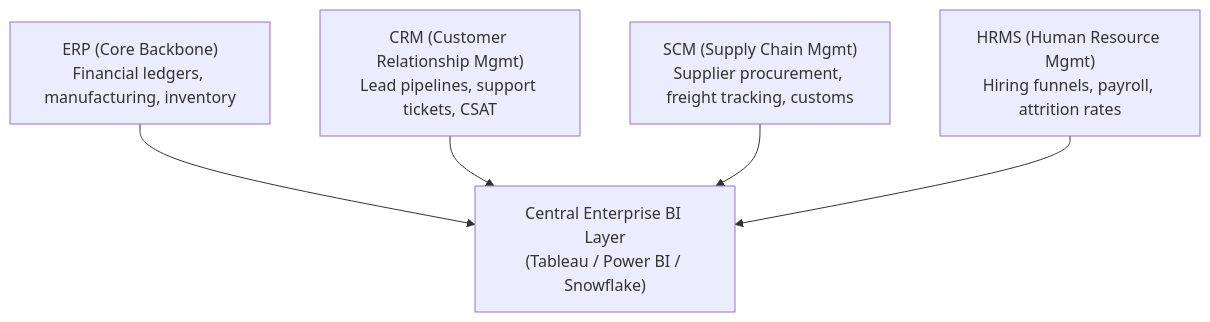
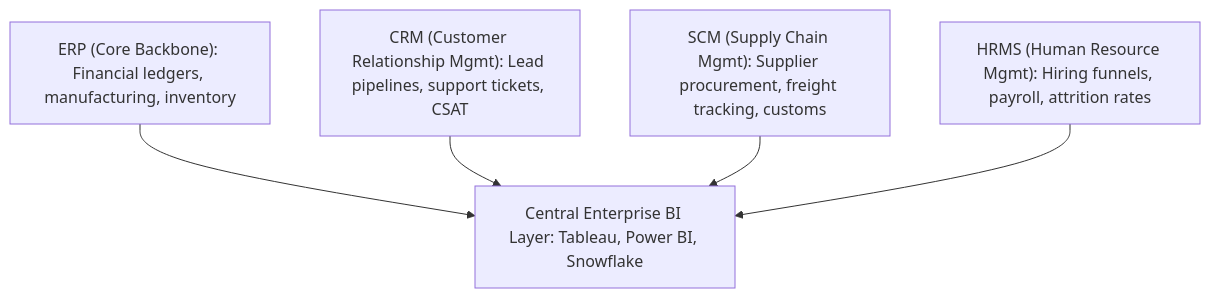
Diagram 18 of 27 in notes/data_analysis/Unit_2_notes.md (DeepLumiere/DeepSkills), drawn with Mermaid before and after one commit. The commit also changed other lines of this file and 56 other files, not shown here.

````diff
--- a/notes/data_analysis/Unit_2_notes.md
+++ b/notes/data_analysis/Unit_2_notes.md
@@ -940,9 +940,9 @@
 ```mermaid
 flowchart TD
-    BI_HUB["Central Enterprise BI Layer<br/>(Tableau / Power BI / Snowflake)"]
+    BI_HUB["Central Enterprise BI Layer: Tableau, Power BI, Snowflake"]
 
-    ERP_SYS["ERP (Core Backbone)<br/>Financial ledgers, manufacturing, inventory"] --> BI_HUB
-    CRM_SYS["CRM (Customer Relationship Mgmt)<br/>Lead pipelines, support tickets, CSAT"] --> BI_HUB
-    SCM_SYS["SCM (Supply Chain Mgmt)<br/>Supplier procurement, freight tracking, customs"] --> BI_HUB
-    HRMS_SYS["HRMS (Human Resource Mgmt)<br/>Hiring funnels, payroll, attrition rates"] --> BI_HUB
+    ERP_SYS["ERP (Core Backbone): Financial ledgers, manufacturing, inventory"] --> BI_HUB
+    CRM_SYS["CRM (Customer Relationship Mgmt): Lead pipelines, support tickets, CSAT"] --> BI_HUB
+    SCM_SYS["SCM (Supply Chain Mgmt): Supplier procurement, freight tracking, customs"] --> BI_HUB
+    HRMS_SYS["HRMS (Human Resource Mgmt): Hiring funnels, payroll, attrition rates"] --> BI_HUB
 ```
````
